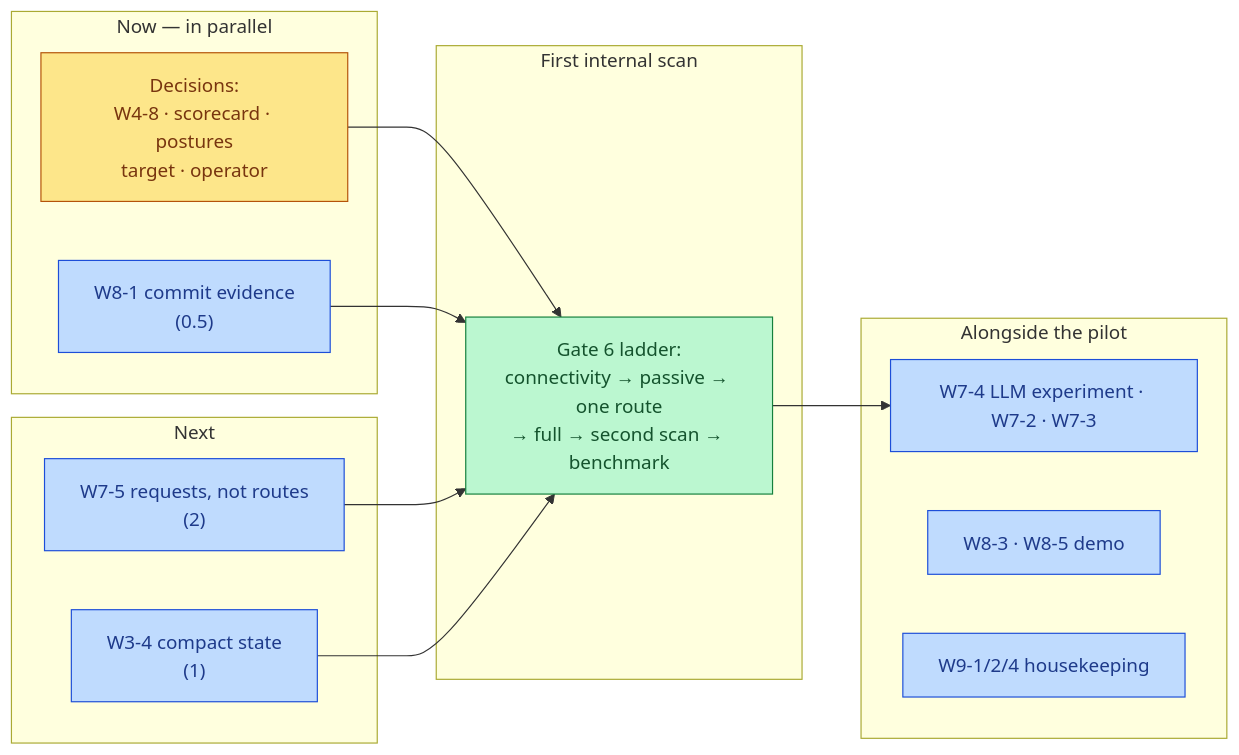
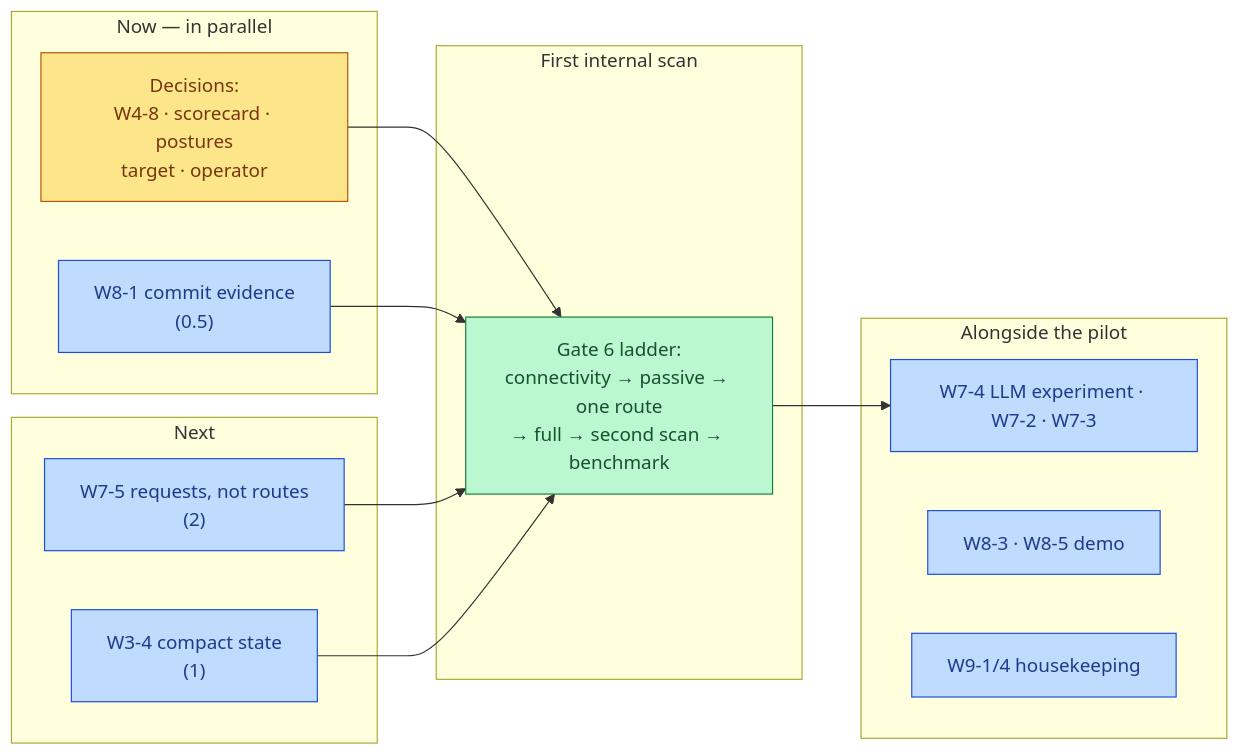
One commit to CodyYang2016/Dast-Scanning-Tool changed the fifth of 5 diagrams in docs/status_and_roadmap.md. Above: the diagram before and after it, drawn with Mermaid. The commit also changed other lines of this file and 4 other files, not shown here.

````diff
--- a/docs/status_and_roadmap.md
+++ b/docs/status_and_roadmap.md
@@ -225,28 +233,28 @@
 ```mermaid
 flowchart LR
     subgraph now["Now — in parallel"]
         D1["Decisions:<br/>W4-8 · scorecard · postures<br/>target · operator"]:::decision
         C1["W8-1 commit evidence<br/>(0.5)"]:::code
     end
     subgraph next["Next"]
         C2["W7-5 requests, not routes<br/>(2)"]:::code
         C3["W3-4 compact state<br/>(1)"]:::code
     end
     subgraph pilot["First internal scan"]
         P["Gate 6 ladder:<br/>connectivity → passive → one route<br/>→ full → second scan → benchmark"]:::pilot
     end
     subgraph later["Alongside the pilot"]
         C4["W7-4 LLM experiment · W7-2 · W7-3"]:::code
         C5["W8-3 · W8-5 demo"]:::code
-        C6["W9-1/2/4 housekeeping"]:::code
+        C6["W9-1/4 housekeeping"]:::code
     end
     D1 --> P
     C1 --> P
     C2 --> P
     C3 --> P
     P --> C4
 
     classDef decision fill:#fde68a,stroke:#b45309,color:#78350f
     classDef code fill:#bfdbfe,stroke:#1d4ed8,color:#1e3a8a
     classDef pilot fill:#bbf7d0,stroke:#15803d,color:#14532d
 ```
````
